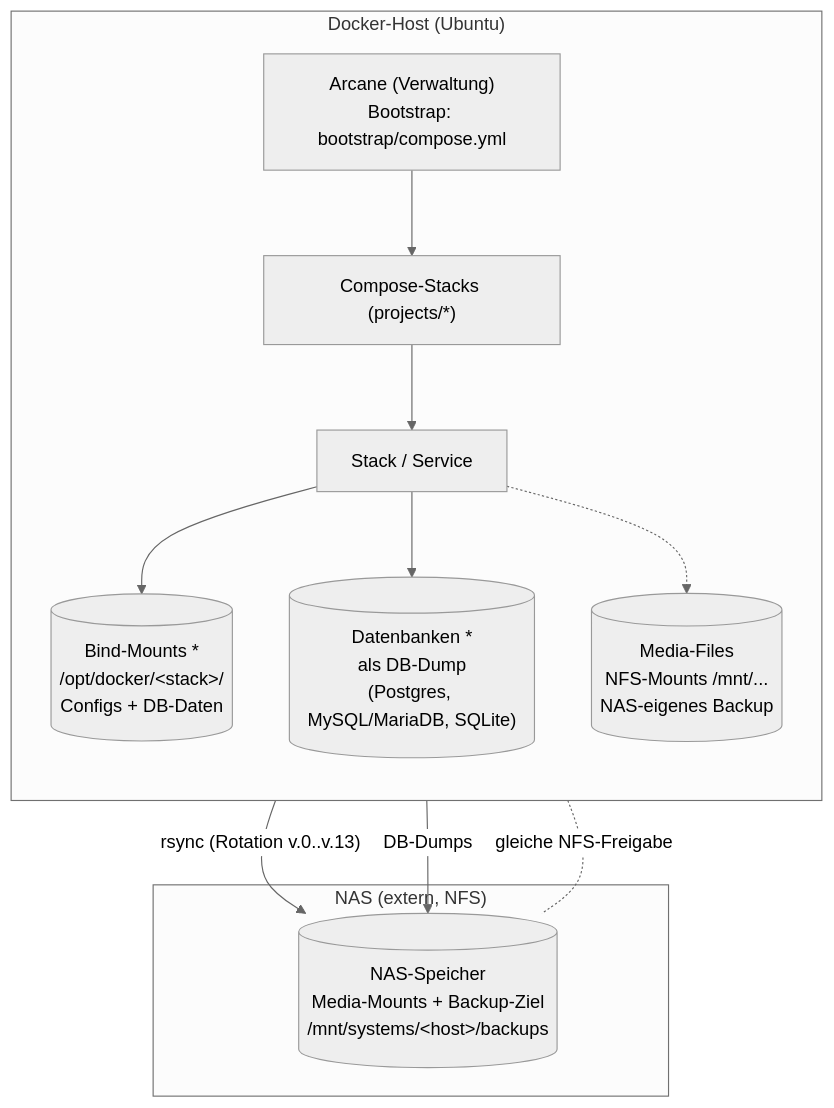
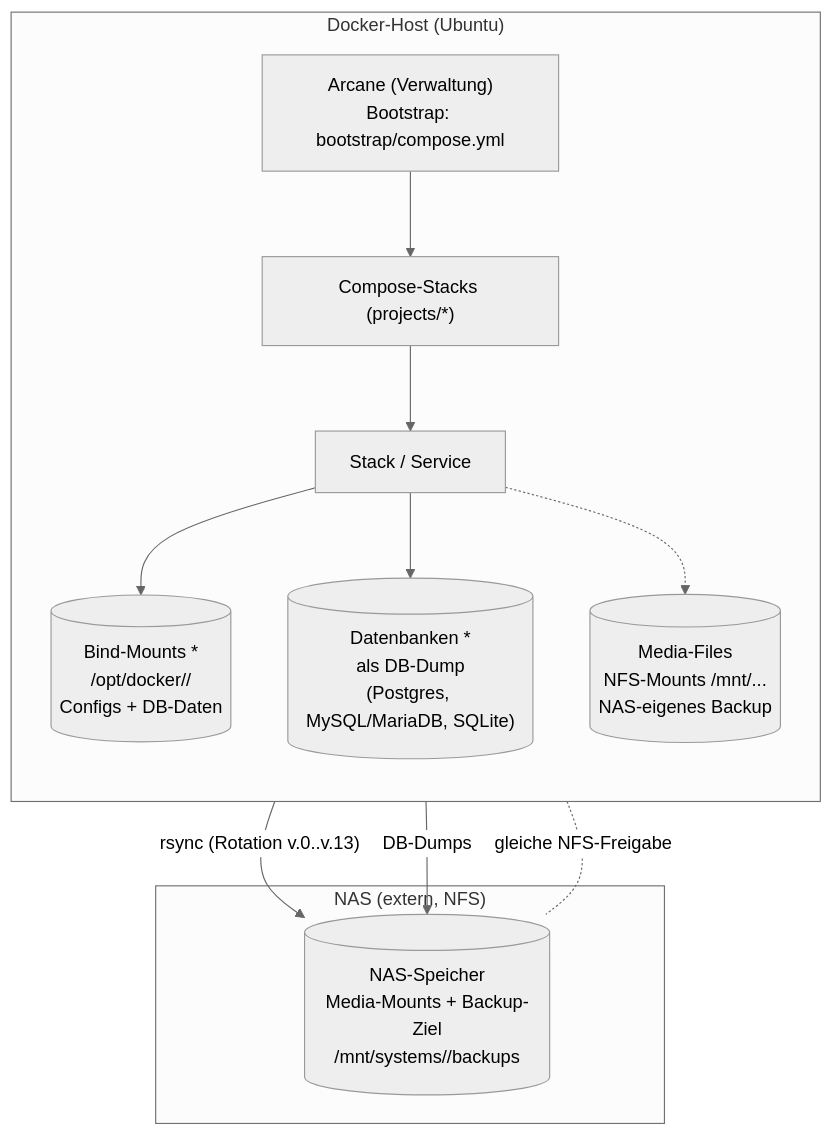
The diagram in README.md (yauh-mistral/homelab-docker-stack), drawn with Mermaid (neutral theme) before and after one commit. The commit also changed other lines of this file and 4 other files, not shown here.

````diff
--- a/README.md
+++ b/README.md
@@ -46,20 +46,20 @@
 ```mermaid
 flowchart TB
     subgraph host["Docker-Host (Ubuntu)"]
         direction TB
         A["Arcane (Verwaltung)<br/>Bootstrap: bootstrap/compose.yml"]
         A --> S["Compose-Stacks (projects/*)"]
         S --> STK["Stack / Service"]
-        STK --> BD[("Bind-Mounts *<br/>/opt/docker/&lt;stack&gt;/<br/>Configs + DB-Daten")]
+        STK --> BD[("Bind-Mounts *<br/>/opt/docker/<stack>/<br/>Configs + DB-Daten")]
         STK --> DB[("Datenbanken *<br/>als DB-Dump<br/>(Postgres, MySQL/MariaDB, SQLite)")]
         STK -.-> MF[("Media-Files<br/>NFS-Mounts /mnt/...<br/>NAS-eigenes Backup")]
     end
 
     subgraph nas["NAS (extern, NFS)"]
-        NAS[("NAS-Speicher<br/>Media-Mounts + Backup-Ziel<br/>/mnt/systems/&lt;host&gt;/backups")]
+        NAS[("NAS-Speicher<br/>Media-Mounts + Backup-Ziel<br/>/mnt/systems/<host>/backups")]
     end
 
     BD -->|"rsync (Rotation v.0..v.13)"| NAS
     DB -->|"DB-Dumps"| NAS
     MF -.-|"gleiche NFS-Freigabe"| NAS
 ```
````
